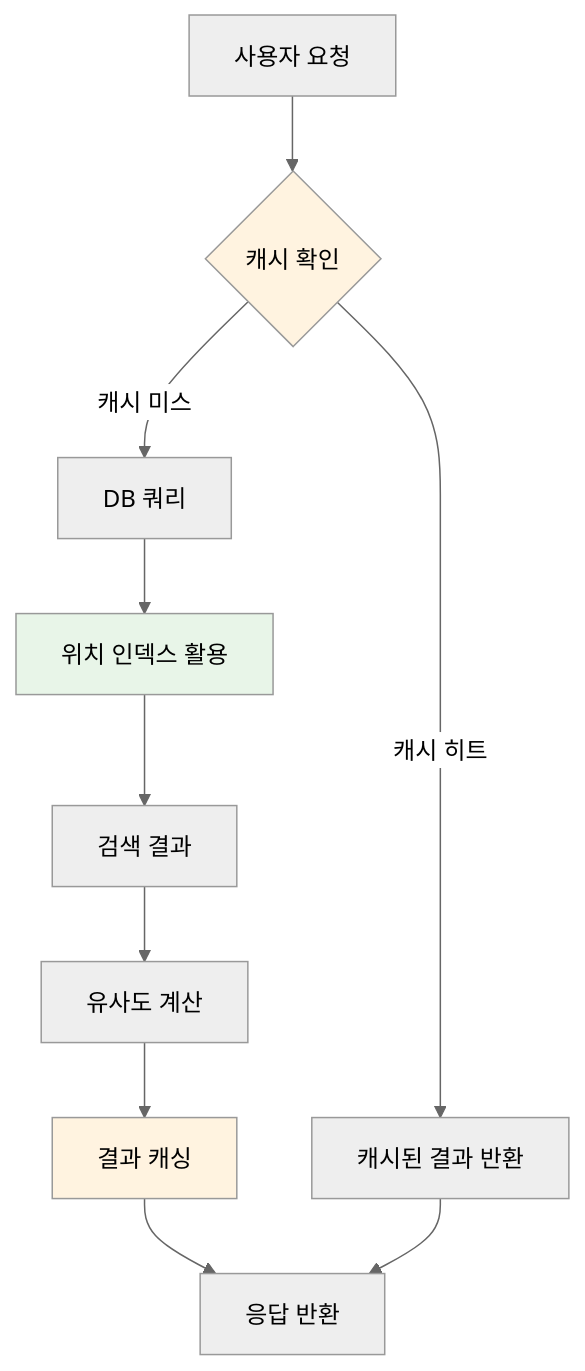
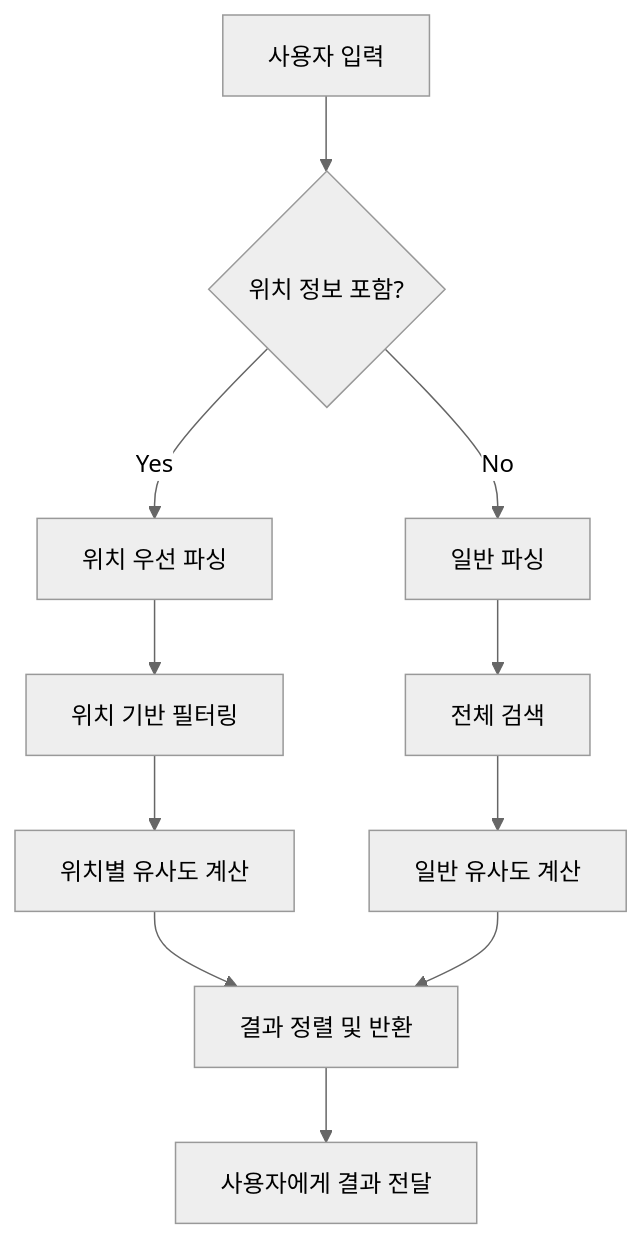
Before and after one commit to SKAI-KojunK/PMark3: the third of 3 diagrams in docs/SYSTEM_ARCHITECTURE.md, drawn with Mermaid (neutral theme). The commit also changed other lines of this file and 5 other files, not shown here.

````diff
--- a/docs/SYSTEM_ARCHITECTURE.md
+++ b/docs/SYSTEM_ARCHITECTURE.md
@@ -494,18 +120,13 @@
 ```mermaid
-graph TD
-    A[사용자 요청] --> B{캐시 확인}
-    B -->|캐시 히트| C[캐시된 결과 반환]
-    B -->|캐시 미스| D[DB 쿼리]
-    
-    D --> E[위치 인덱스 활용]
-    E --> F[검색 결과]
-    F --> G[유사도 계산]
-    G --> H[결과 캐싱]
-    H --> I[응답 반환]
-    
-    C --> I
-    
-    style B fill:#fff3e0
-    style E fill:#e8f5e8
-    style H fill:#fff3e0
+flowchart TD
+    A[사용자 입력] --> B{위치 정보 포함?}
+    B -->|Yes| C[위치 우선 파싱]
+    B -->|No| D[일반 파싱]
+    C --> E[위치 기반 필터링]
+    D --> F[전체 검색]
+    E --> G[위치별 유사도 계산]
+    F --> H[일반 유사도 계산]
+    G --> I[결과 정렬 및 반환]
+    H --> I
+    I --> J[사용자에게 결과 전달]
 ```
````
